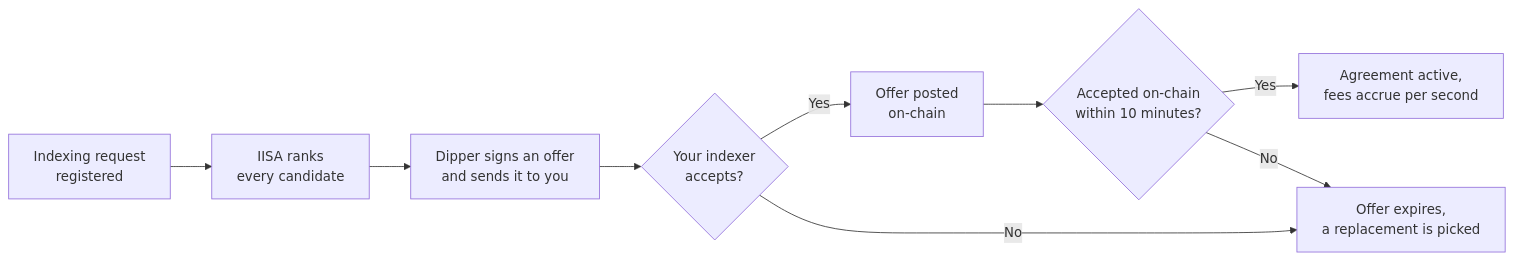
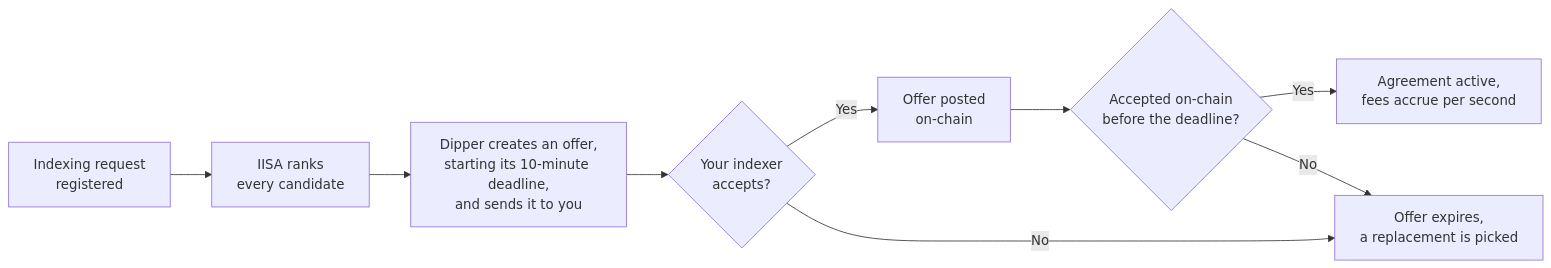
The diagram in README.md (graphprotocol/dipper), drawn with Mermaid before and after one commit. The commit also changed other lines of this file and 9 other files, not shown here.

````diff
--- a/README.md
+++ b/README.md
@@ -41,11 +41,11 @@
 ```mermaid
 flowchart LR
     A["Indexing request<br/>registered"] --> B["IISA ranks<br/>every candidate"]
-    B --> C["Dipper signs an offer<br/>and sends it to you"]
+    B --> C["Dipper creates an offer,<br/>starting its 10-minute deadline,<br/>and sends it to you"]
     C --> D{"Your indexer<br/>accepts?"}
     D -->|Yes| E["Offer posted<br/>on-chain"]
-    E --> F{"Accepted on-chain<br/>within 10 minutes?"}
+    E --> F{"Accepted on-chain<br/>before the deadline?"}
     F -->|Yes| G["Agreement active,<br/>fees accrue per second"]
     F -->|No| H["Offer expires,<br/>a replacement is picked"]
     D -->|No| H
 ```
````
